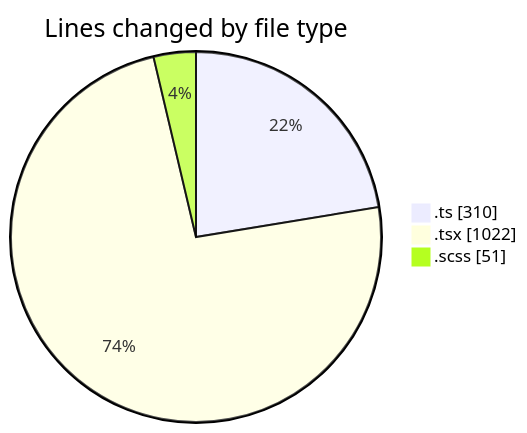
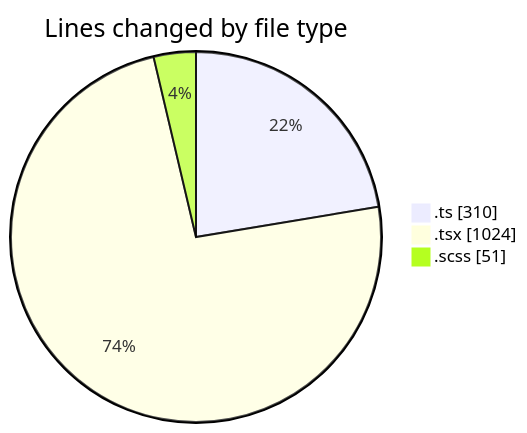
One commit to momahboobian/code-tracking changed the first of 2 diagrams in 2026-09-09/cda/README.md. Above: the diagram before and after it, drawn with Mermaid. The commit also changed other lines of this file and 1 other file, not shown here.

````diff
--- a/2026-09-09/cda/README.md
+++ b/2026-09-09/cda/README.md
@@ -32,7 +32,7 @@
 ```mermaid
 pie showData
 title Lines changed by file type
 ".ts" : 310
-".tsx" : 1022
+".tsx" : 1024
 ".scss" : 51
 ```
````
